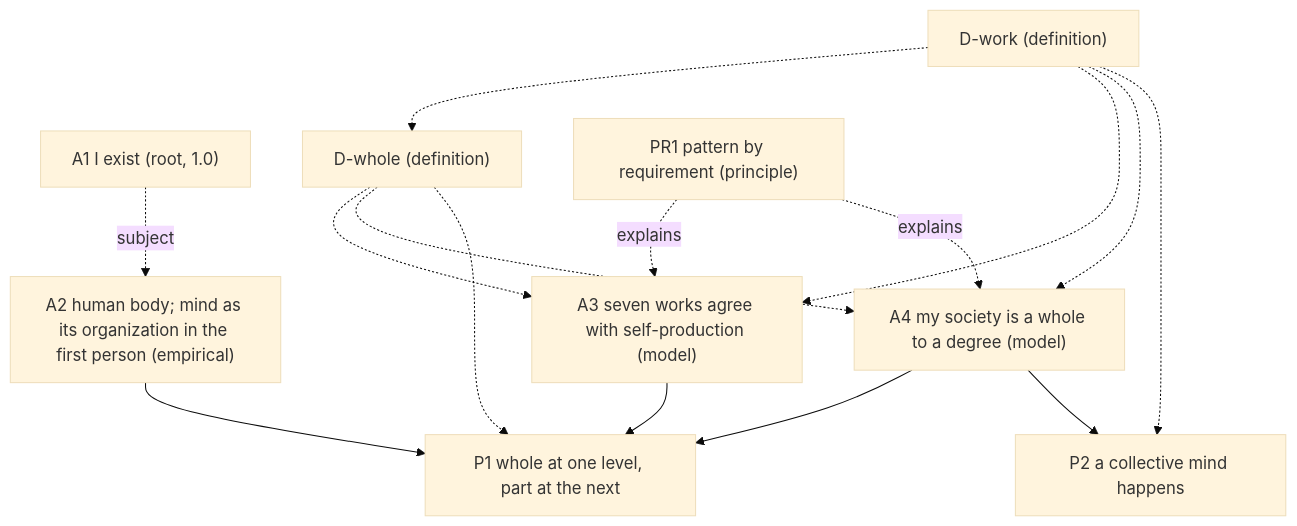
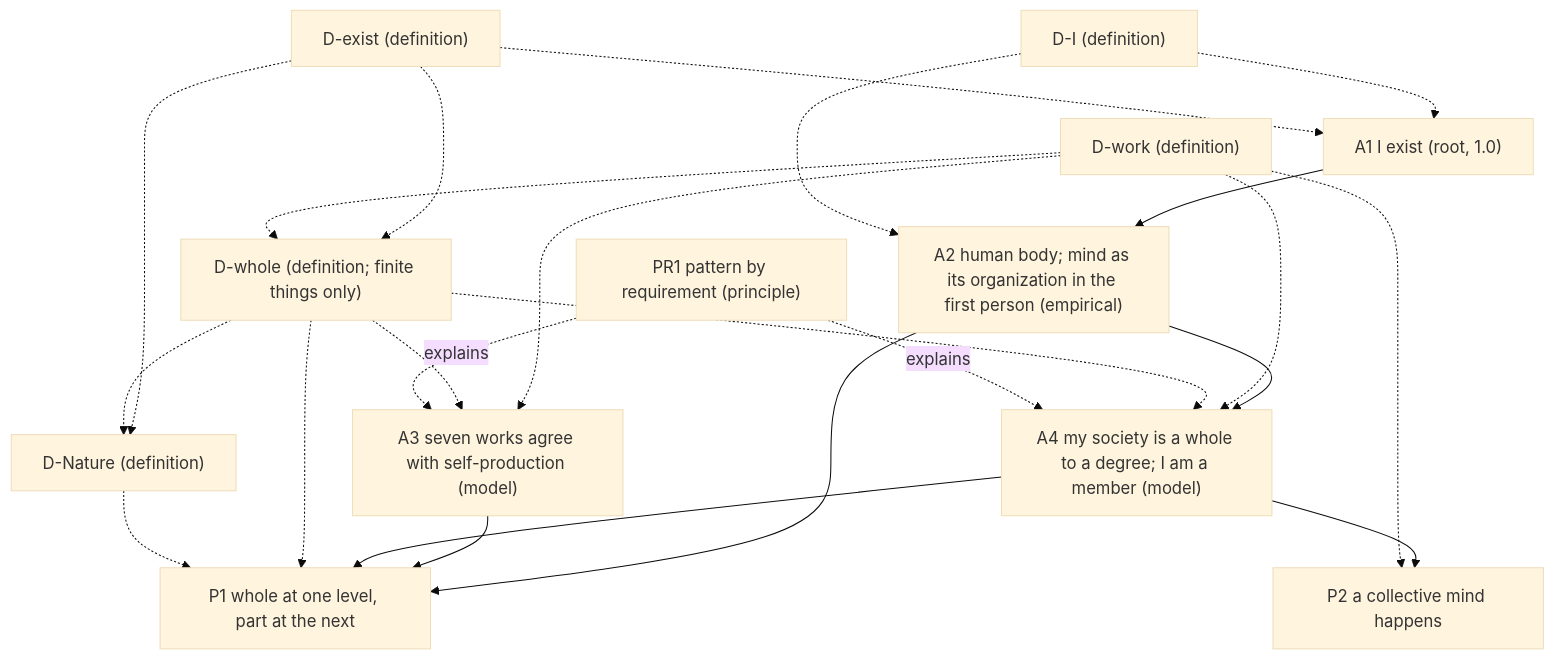
The diagram in candidates/core_v2/README.md (neuresthetics/freedom_of_necessity), drawn with Mermaid (base theme) before and after one commit. The commit also changed other lines of this file and 13 other files, not shown here.

First line of the commit message:
candidates/core_v2: Nature collision; D-I, D-exist, D-Nature; A1 re-enters chains

````diff
--- a/candidates/core_v2/README.md
+++ b/candidates/core_v2/README.md
@@ -25,28 +32,39 @@
 ```mermaid
 graph TD
+  DI["D-I (definition)"]
+  DE["D-exist (definition)"]
+  DW["D-work (definition)"]
+  DH["D-whole (definition; finite things only)"]
+  DN["D-Nature (definition)"]
   A1["A1 I exist (root, 1.0)"]
-  DW["D-work (definition)"]
-  DH["D-whole (definition)"]
   A2["A2 human body; mind as its organization in the first person (empirical)"]
   A3["A3 seven works agree with self-production (model)"]
   PR1["PR1 pattern by requirement (principle)"]
-  A4["A4 my society is a whole to a degree (model)"]
+  A4["A4 my society is a whole to a degree; I am a member (model)"]
   P1["P1 whole at one level, part at the next"]
   P2["P2 a collective mind happens"]
 
-  A1 -. subject .-> A2
+  A1 --> A2
+  A2 --> A4
   A2 --> P1
   A3 --> P1
   A4 --> P1
   A4 --> P2
 
+  DI -.-> A1
+  DE -.-> A1
+  DI -.-> A2
+  DE -.-> DH
   DW -.-> DH
+  DE -.-> DN
+  DH -.-> DN
   DW -.-> A3
   DH -.-> A3
   DW -.-> A4
   DH -.-> A4
   DH -.-> P1
+  DN -.-> P1
   DW -.-> P2
   PR1 -. explains .-> A3
   PR1 -. explains .-> A4
 ```
````
